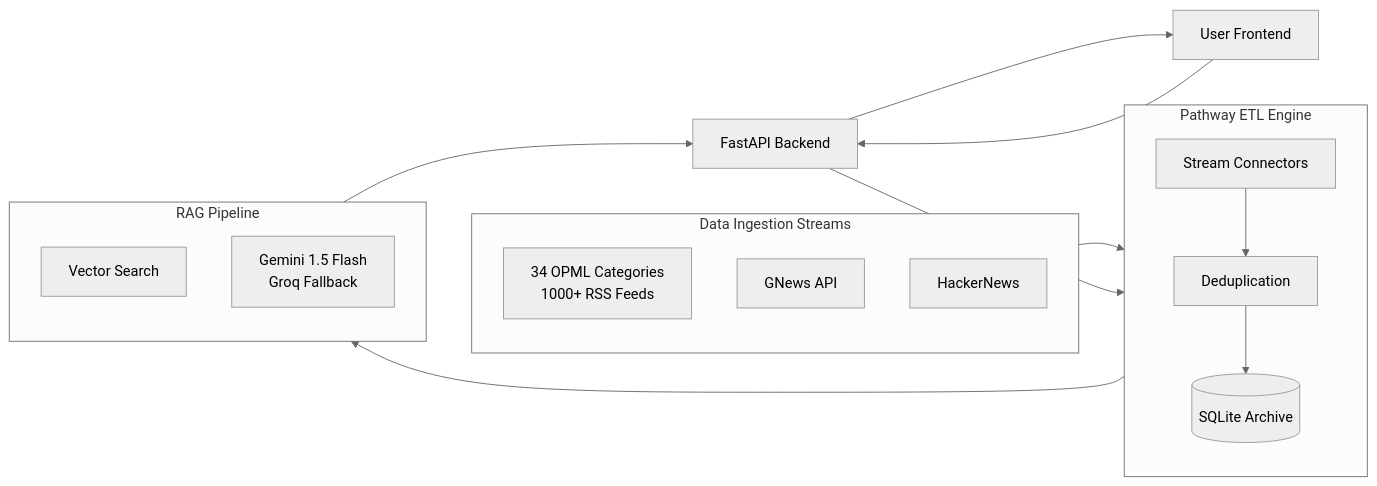
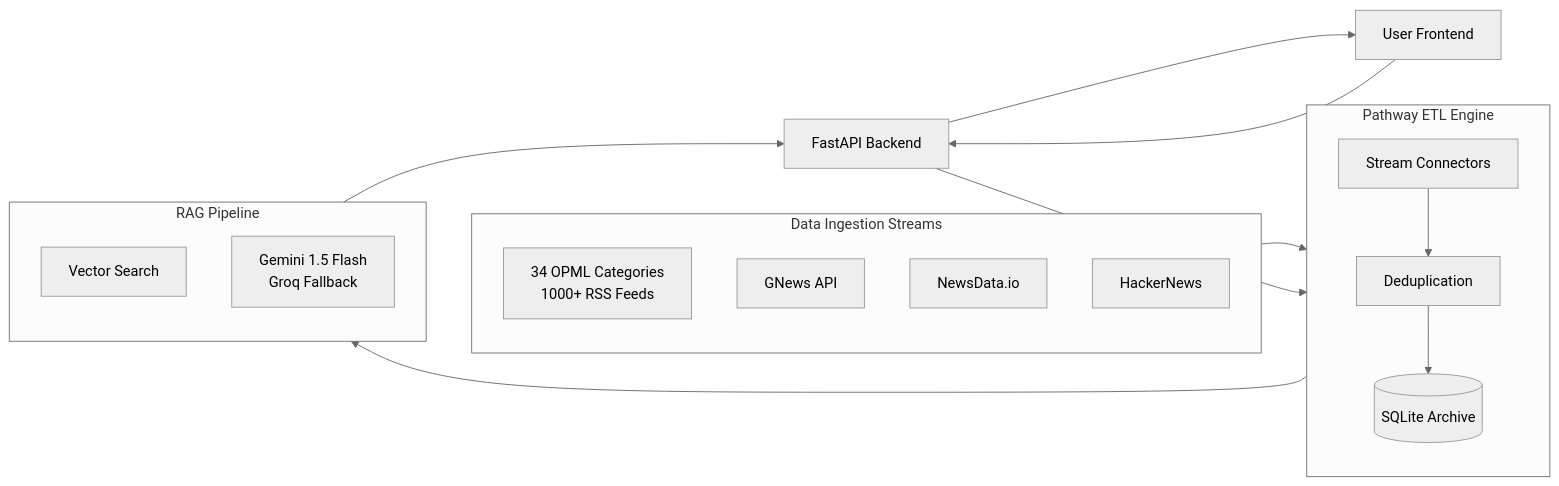
The first of 2 diagrams in README.md (atharvavdeo/LiveAnalyst_Pathway), drawn with Mermaid (neutral theme) before and after one commit. The commit also changed other lines of this file, not shown here.

Commit message:
Fix README architecture diagram and add NewsData.io

````diff
--- a/README.md
+++ b/README.md
@@ -37,34 +37,35 @@
 ```mermaid
 graph LR
     User[User Frontend]
     API[FastAPI Backend]
 
     subgraph Inputs ["Data Ingestion Streams"]
         direction TB
         OPML["34 OPML Categories<br/>1000+ RSS Feeds"]
         GNews[GNews API]
+        NewsData[NewsData.io]
         Social[HackerNews]
     end
 
     subgraph Core ["Pathway ETL Engine"]
         direction TB
         Stream[Stream Connectors]
         Dedup[Deduplication]
         DB[(SQLite Archive)]
     end
 
     subgraph AI ["RAG Pipeline"]
         direction TB
         Retrieval[Vector Search]
         LLM["Gemini 1.5 Flash<br/>Groq Fallback"]
     end
 
     Inputs --> Stream
     Stream --> Dedup
     Dedup --> DB
     User --> API
     API --> Core
     Core --> AI
     AI --> API
     API --> User
 ```
````
